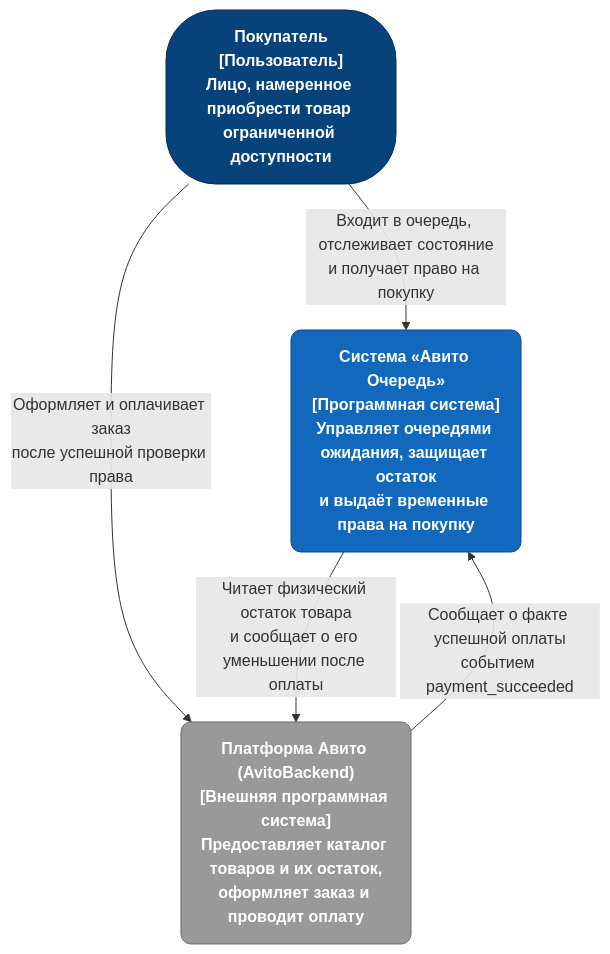
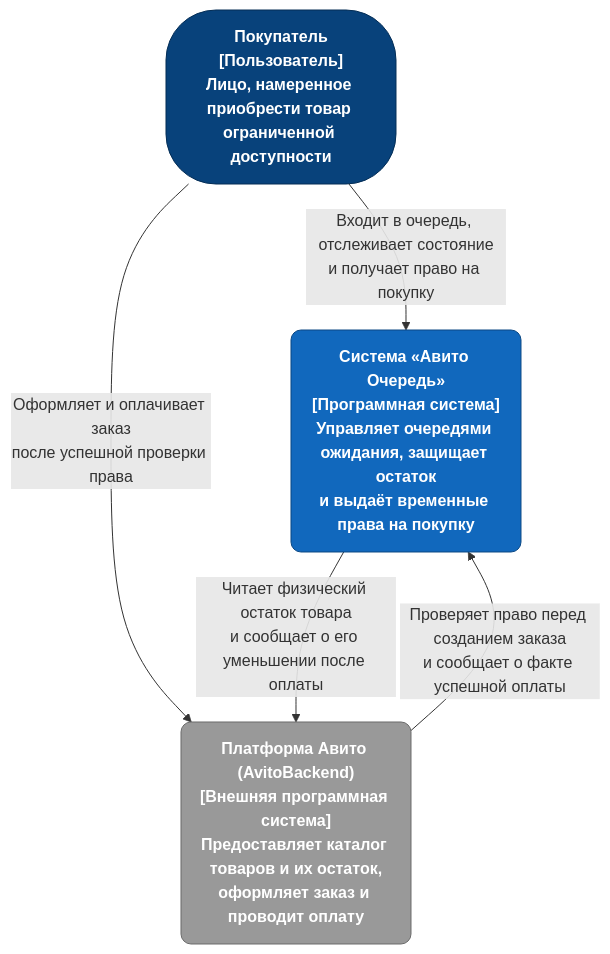
One commit to bigboynixxik/team-10-queue-serivce changed the diagram in docs/c4_context.md. Above: the diagram before and after it, drawn with Mermaid. The commit also changed other lines of this file and 9 other files, not shown here.

````diff
--- a/docs/c4_context.md
+++ b/docs/c4_context.md
@@ -7,18 +7,18 @@
 ```mermaid
 flowchart TD
 classDef person fill:#08427b,stroke:#052e56,color:#ffffff,font-weight:bold,rx:50,ry:50
 classDef system fill:#1168bd,stroke:#0b4884,color:#ffffff,font-weight:bold,rx:10,ry:10
 classDef external fill:#999999,stroke:#6b6b6b,color:#ffffff,font-weight:bold,rx:10,ry:10
 
 User("Покупатель<br/>[Пользователь]<br/>Лицо, намеренное приобрести товар ограниченной доступности"):::person
 
 System_Queue("Система «Авито Очередь»<br/>[Программная система]<br/>Управляет очередями ожидания, защищает остаток<br/>и выдаёт временные права на покупку"):::system
 
 System_Avito("Платформа Авито (AvitoBackend)<br/>[Внешняя программная система]<br/>Предоставляет каталог товаров и их остаток,<br/>оформляет заказ и проводит оплату"):::external
 
 User -- "Входит в очередь, отслеживает состояние<br/>и получает право на покупку" --> System_Queue
 User -- "Оформляет и оплачивает заказ<br/>после успешной проверки права" --> System_Avito
 
 System_Queue -- "Читает физический остаток товара<br/>и сообщает о его уменьшении после оплаты" --> System_Avito
-System_Avito -- "Сообщает о факте успешной оплаты<br/>событием payment_succeeded" --> System_Queue
+System_Avito -- "Проверяет право перед созданием заказа<br/>и сообщает о факте успешной оплаты" --> System_Queue
 ```
````
